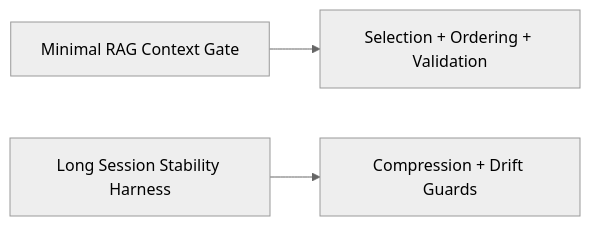
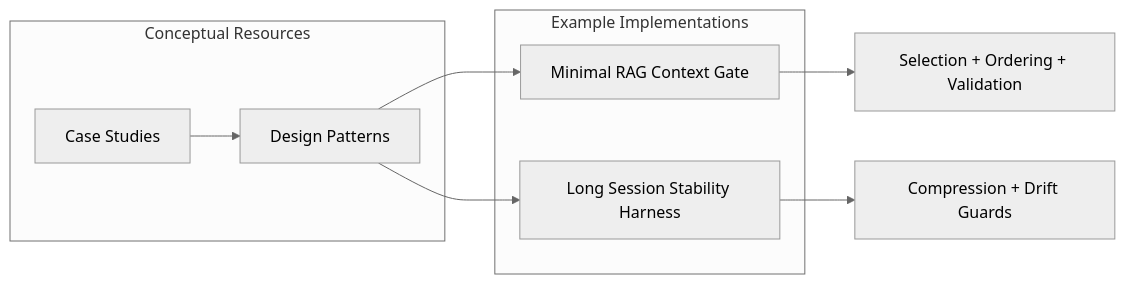
Before and after one commit to ShaileshRawat1403/context-engineering-core: the diagram in examples/00-index.md, drawn with Mermaid (neutral theme). The commit also changed other lines of this file and 22 other files, not shown here.

Commit message:
Examples: add patterns and case studies content

````diff
--- a/examples/00-index.md
+++ b/examples/00-index.md
@@ -10,5 +14,18 @@
 ```mermaid
 flowchart LR
-    RAG[Minimal RAG Context Gate] --> Controls[Selection + Ordering + Validation]
-    Long[Long Session Stability Harness] --> Controls2[Compression + Drift Guards]
+    subgraph "Example Implementations"
+        RAG[Minimal RAG Context Gate]
+        Long[Long Session Stability Harness]
+    end
+
+    subgraph "Conceptual Resources"
+        Patterns[Design Patterns]
+        CaseStudies[Case Studies]
+    end
+
+    RAG --> Controls[Selection + Ordering + Validation]
+    Long --> Controls2[Compression + Drift Guards]
+    Patterns --> RAG
+    Patterns --> Long
+    CaseStudies --> Patterns
 ```
````
